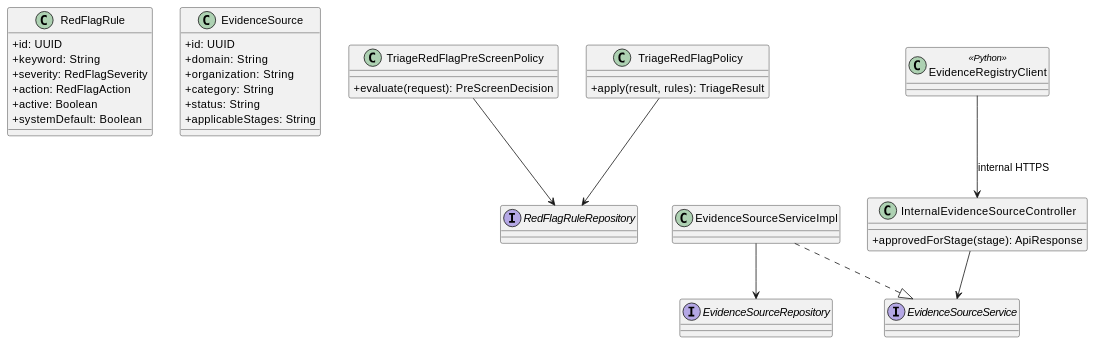
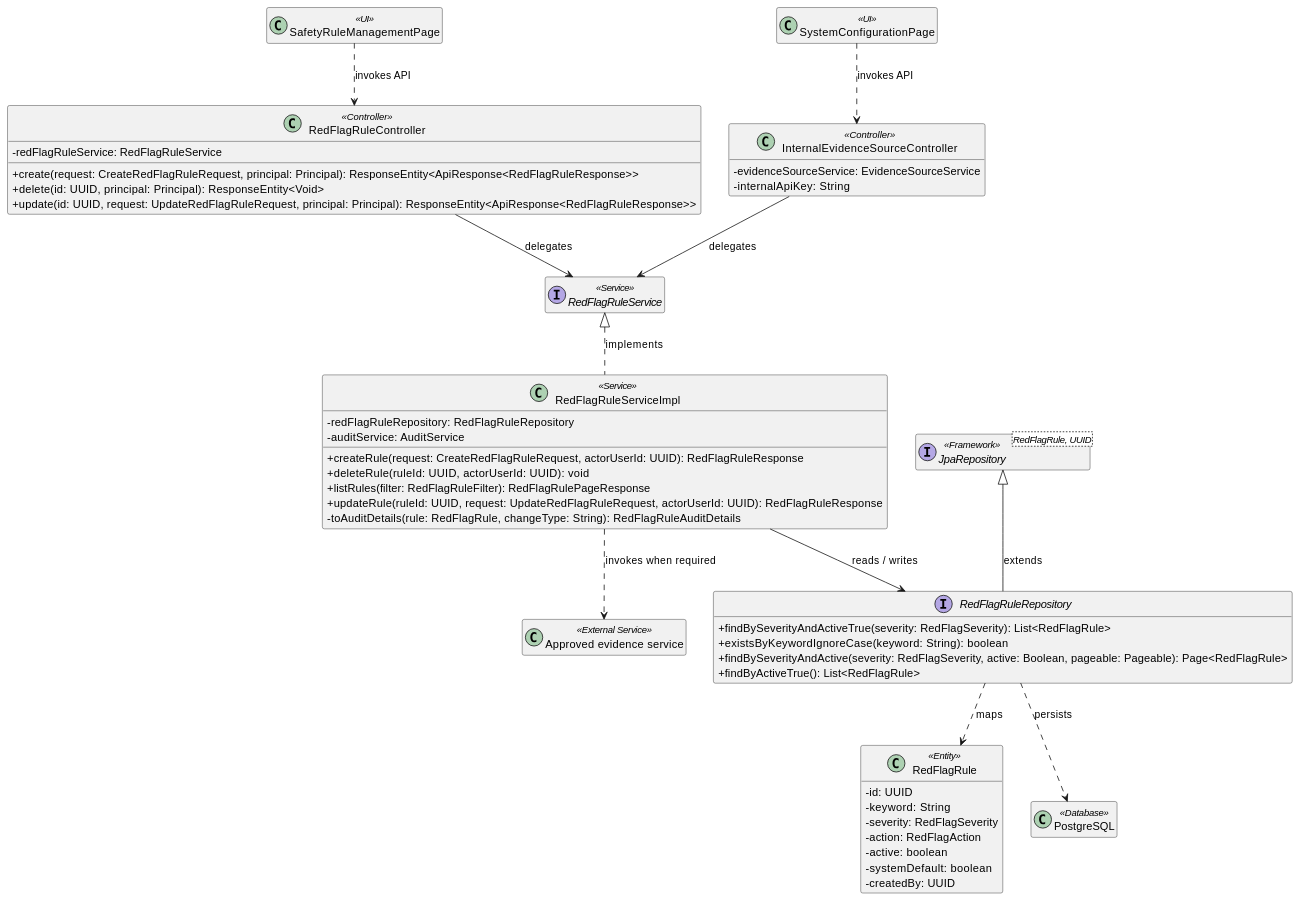
Before and after one commit to ChuongBDHE172784/CareBridge_SEP490_G79: the first of 2 diagrams in docs/Detailed_Design/MF06_AI_Nurse_Assistant_Risk_Triage/02_Approved_Knowledge_RedFlag_Execution.md, drawn with PlantUML. The commit also changed other lines of this file and 111 other files, not shown here.

````diff
--- a/docs/Detailed_Design/MF06_AI_Nurse_Assistant_Risk_Triage/02_Approved_Knowledge_RedFlag_Execution.md
+++ b/docs/Detailed_Design/MF06_AI_Nurse_Assistant_Risk_Triage/02_Approved_Knowledge_RedFlag_Execution.md
@@ -27,48 +20,58 @@
 ```plantuml
-@startuml MF06_02_KnowledgeRedFlagExecution_ClassDiagram
+@startuml MF06_02_ApprovedEvidenceandRedFlagRuleAdministration_ClassDiagram
 skinparam classAttributeIconSize 0
+hide empty members
 
-class RedFlagRule {
-  + id: UUID
-  + keyword: String
-  + severity: RedFlagSeverity
-  + action: RedFlagAction
-  + active: Boolean
-  + systemDefault: Boolean
+class "SafetyRuleManagementPage" as UI1 <<UI>>
+class "SystemConfigurationPage" as UI2 <<UI>>
+class "RedFlagRuleController" as Controller1 <<Controller>> {
+  - redFlagRuleService: RedFlagRuleService
+  + create(request: CreateRedFlagRuleRequest, principal: Principal): ResponseEntity<ApiResponse<RedFlagRuleResponse>>
+  + delete(id: UUID, principal: Principal): ResponseEntity<Void>
+  + update(id: UUID, request: UpdateRedFlagRuleRequest, principal: Principal): ResponseEntity<ApiResponse<RedFlagRuleResponse>>
 }
+class "InternalEvidenceSourceController" as Controller2 <<Controller>> {
+  - evidenceSourceService: EvidenceSourceService
+  - internalApiKey: String
+}
+class "RedFlagRuleServiceImpl" as Service1 <<Service>> {
+  - redFlagRuleRepository: RedFlagRuleRepository
+  - auditService: AuditService
+  + createRule(request: CreateRedFlagRuleRequest, actorUserId: UUID): RedFlagRuleResponse
+  + deleteRule(ruleId: UUID, actorUserId: UUID): void
+  + listRules(filter: RedFlagRuleFilter): RedFlagRulePageResponse
+  + updateRule(ruleId: UUID, request: UpdateRedFlagRuleRequest, actorUserId: UUID): RedFlagRuleResponse
+  - toAuditDetails(rule: RedFlagRule, changeType: String): RedFlagRuleAuditDetails
+}
+interface "RedFlagRuleService" as Service1Contract <<Service>>
+interface "RedFlagRuleRepository" as Repository1 {
+  + findBySeverityAndActiveTrue(severity: RedFlagSeverity): List<RedFlagRule>
+  + existsByKeywordIgnoreCase(keyword: String): boolean
+  + findBySeverityAndActive(severity: RedFlagSeverity, active: Boolean, pageable: Pageable): Page<RedFlagRule>
+  + findByActiveTrue(): List<RedFlagRule>
+}
+class "RedFlagRule" as Entity1 <<Entity>> {
+  - id: UUID
+  - keyword: String
+  - severity: RedFlagSeverity
+  - action: RedFlagAction
+  - active: boolean
+  - systemDefault: boolean
+  - createdBy: UUID
+}
+interface "JpaRepository<RedFlagRule, UUID>" as Repository1Base <<Framework>>
+class "PostgreSQL" as DB <<Database>>
+class "Approved evidence service" as External <<External Service>>
 
-class EvidenceSource {
-  + id: UUID
-  + domain: String
-  + organization: String
-  + category: String
-  + status: String
-  + applicableStages: String
-}
-
-class TriageRedFlagPreScreenPolicy {
-  + evaluate(request): PreScreenDecision
-}
-
-class TriageRedFlagPolicy {
-  + apply(result, rules): TriageResult
-}
-
-class InternalEvidenceSourceController {
-  + approvedForStage(stage): ApiResponse
-}
-
-interface EvidenceSourceService
-class EvidenceSourceServiceImpl
-interface RedFlagRuleRepository
-interface EvidenceSourceRepository
-class EvidenceRegistryClient <<Python>>
-
-TriageRedFlagPreScreenPolicy --> RedFlagRuleRepository
-TriageRedFlagPolicy --> RedFlagRuleRepository
-InternalEvidenceSourceController --> EvidenceSourceService
-EvidenceSourceServiceImpl ..|> EvidenceSourceService
-EvidenceSourceServiceImpl --> EvidenceSourceRepository
-EvidenceRegistryClient --> InternalEvidenceSourceController : internal HTTPS
+Service1Contract <|.. Service1 : implements
+Repository1Base <|-- Repository1 : extends
+UI1 ..> Controller1 : invokes API
+UI2 ..> Controller2 : invokes API
+Controller1 --> Service1Contract : delegates
+Controller2 --> Service1Contract : delegates
+Service1 --> Repository1 : reads / writes
+Repository1 ..> Entity1 : maps
+Repository1 ..> DB : persists
+Service1 ..> External : invokes when required
 @enduml
 ```
````
